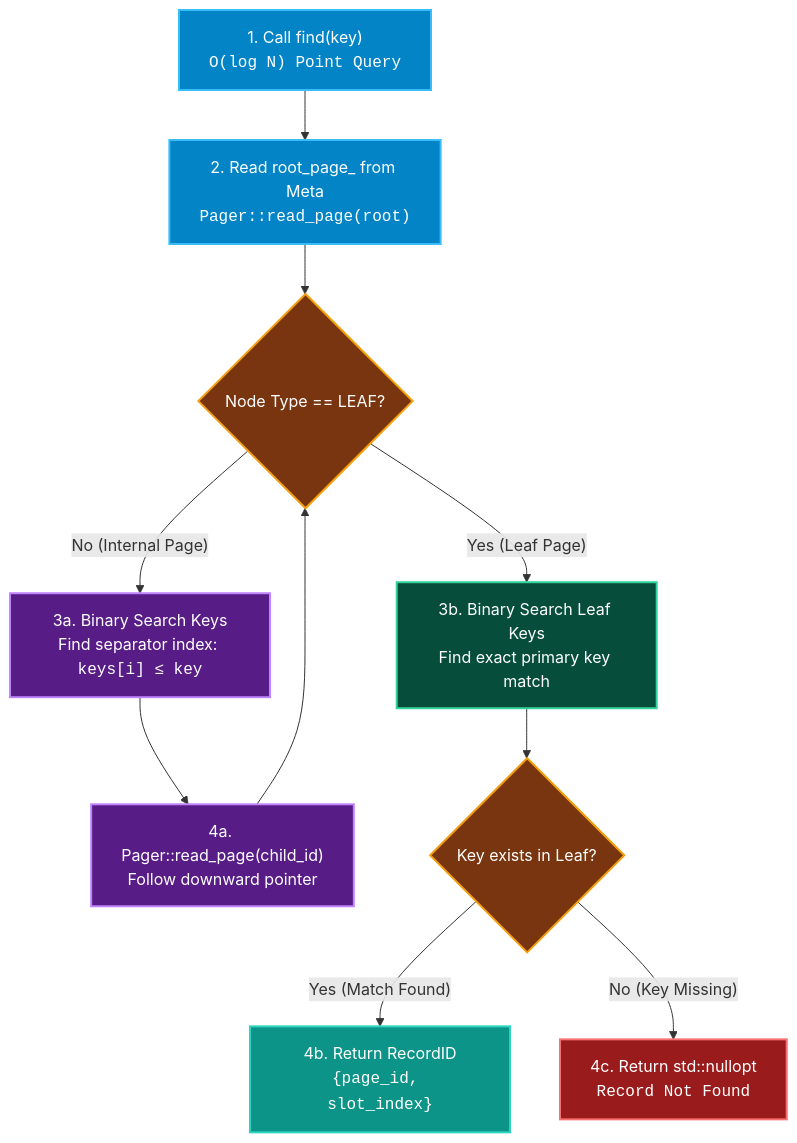
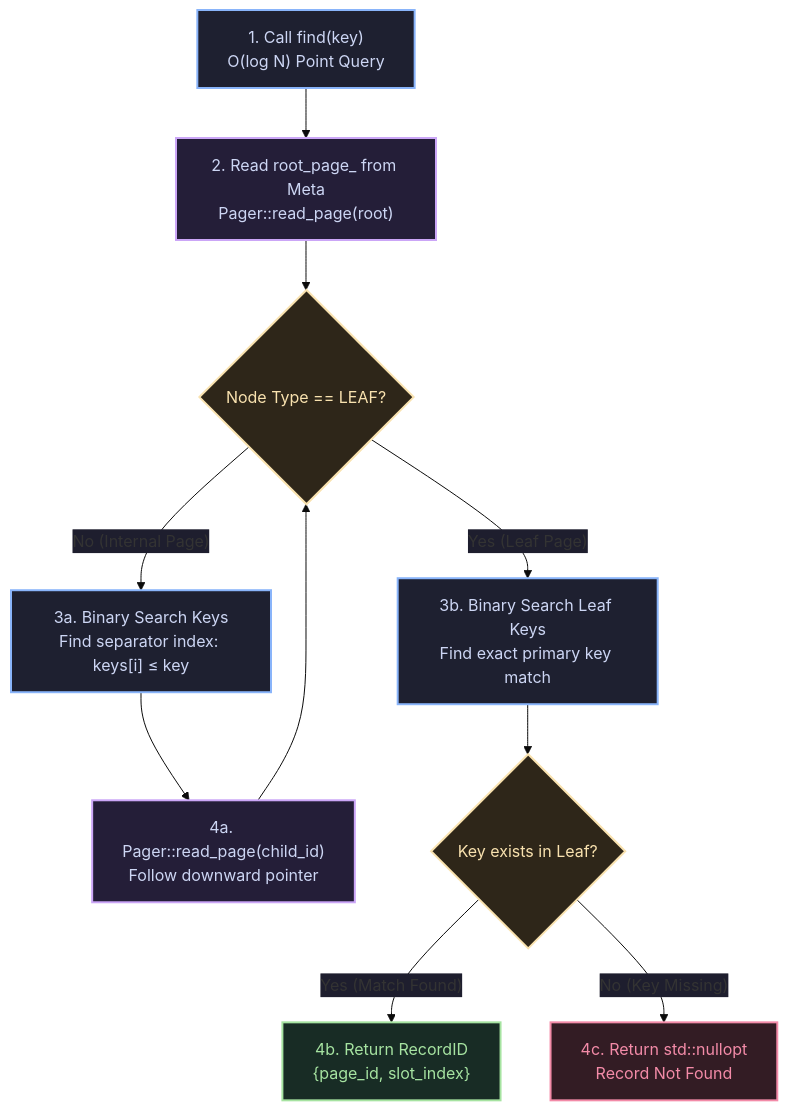
One commit to KAAZamapiloT/QUARTZ_DB changed the second of 3 diagrams in docs/architecture/bplus-tree.md. Above: the diagram before and after it, drawn with Mermaid. The commit also changed other lines of this file and 18 other files, not shown here.

````diff
--- a/docs/architecture/bplus-tree.md
+++ b/docs/architecture/bplus-tree.md
@@ -108,21 +111,22 @@
 ```mermaid
+%%{init: {'theme': 'base', 'themeVariables': {'edgeLabelBackground': '#1e1e2e', 'tertiaryTextColor': '#cdd6f4'}}}%%
 flowchart TD
-    classDef stepStart fill:#0284c7,stroke:#38bdf8,stroke-width:2px,color:#ffffff;
-    classDef stepCheck fill:#78350f,stroke:#f59e0b,stroke-width:2px,color:#ffffff;
-    classDef stepInternal fill:#581c87,stroke:#c084fc,stroke-width:2px,color:#ffffff;
-    classDef stepLeaf fill:#064e3b,stroke:#34d399,stroke-width:2px,color:#ffffff;
-    classDef stepSuccess fill:#0d9488,stroke:#2dd4bf,stroke-width:2px,color:#ffffff;
-    classDef stepFail fill:#991b1b,stroke:#f87171,stroke-width:2px,color:#ffffff;
+    classDef entry fill:#1e2030,stroke:#89b4fa,stroke-width:2px,color:#cdd6f4;
+    classDef guard fill:#2e2619,stroke:#f9e2af,stroke-width:2px,color:#f9e2af;
+    classDef success fill:#182c25,stroke:#a6e3a1,stroke-width:2px,color:#a6e3a1;
+    classDef error fill:#331c24,stroke:#f38ba8,stroke-width:2px,color:#f38ba8;
+    classDef disk fill:#241e38,stroke:#cba6f7,stroke-width:2px,color:#cdd6f4;
+    classDef shared fill:#162a35,stroke:#89dceb,stroke-width:2px,color:#cdd6f4;
 
-    Start["1. Call find(key)<br><code>O(log N) Point Query</code>"]:::stepStart --> ReadRoot["2. Read root_page_ from Meta<br><code>Pager::read_page(root)</code>"]:::stepStart
-    ReadRoot --> CheckType{"Node Type == LEAF?"}:::stepCheck
+    Start["1. Call find(key)<br/>O(log N) Point Query"]:::entry --> ReadRoot["2. Read root_page_ from Meta<br/>Pager::read_page(root)"]:::disk
+    ReadRoot --> CheckType{"Node Type == LEAF?"}:::guard
     
-    CheckType -- "No (Internal Page)" --> SearchInt["3a. Binary Search Keys<br>Find separator index: <code>keys[i] &le; key</code>"]:::stepInternal
-    SearchInt --> FetchChild["4a. Pager::read_page(child_id)<br>Follow downward pointer"]:::stepInternal
+    CheckType -- "No (Internal Page)" --> SearchInt["3a. Binary Search Keys<br/>Find separator index: keys[i] &le; key"]:::entry
+    SearchInt --> FetchChild["4a. Pager::read_page(child_id)<br/>Follow downward pointer"]:::disk
     FetchChild --> CheckType
     
-    CheckType -- "Yes (Leaf Page)" --> SearchLeaf["3b. Binary Search Leaf Keys<br>Find exact primary key match"]:::stepLeaf
-    SearchLeaf --> Found{"Key exists in Leaf?"}:::stepCheck
-    Found -- "Yes (Match Found)" --> ReturnRID["4b. Return RecordID<br><code>{page_id, slot_index}</code>"]:::stepSuccess
-    Found -- "No (Key Missing)" --> ReturnNull["4c. Return std::nullopt<br><code>Record Not Found</code>"]:::stepFail
+    CheckType -- "Yes (Leaf Page)" --> SearchLeaf["3b. Binary Search Leaf Keys<br/>Find exact primary key match"]:::entry
+    SearchLeaf --> Found{"Key exists in Leaf?"}:::guard
+    Found -- "Yes (Match Found)" --> ReturnRID["4b. Return RecordID<br/>{page_id, slot_index}"]:::success
+    Found -- "No (Key Missing)" --> ReturnNull["4c. Return std::nullopt<br/>Record Not Found"]:::error
 ```
````
